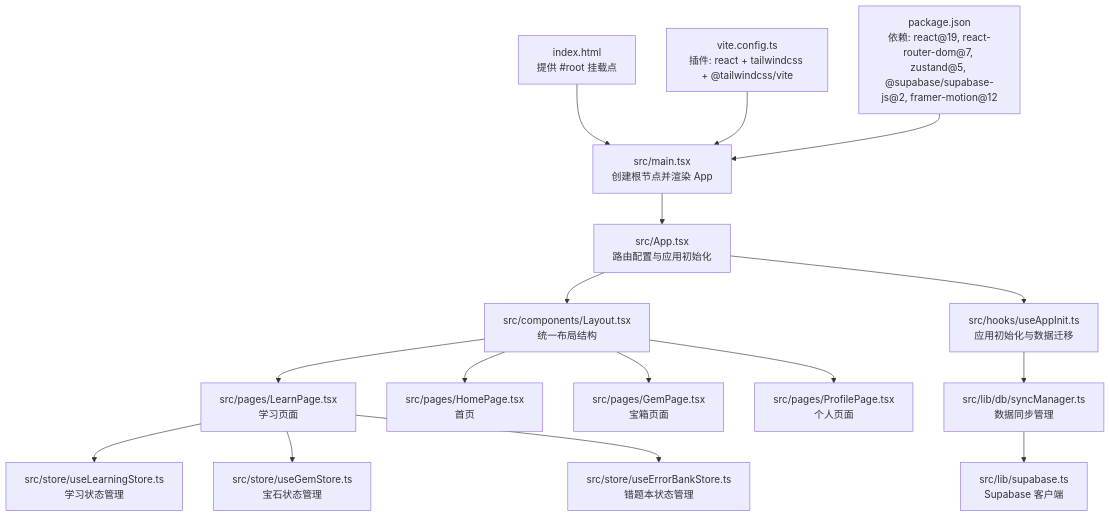
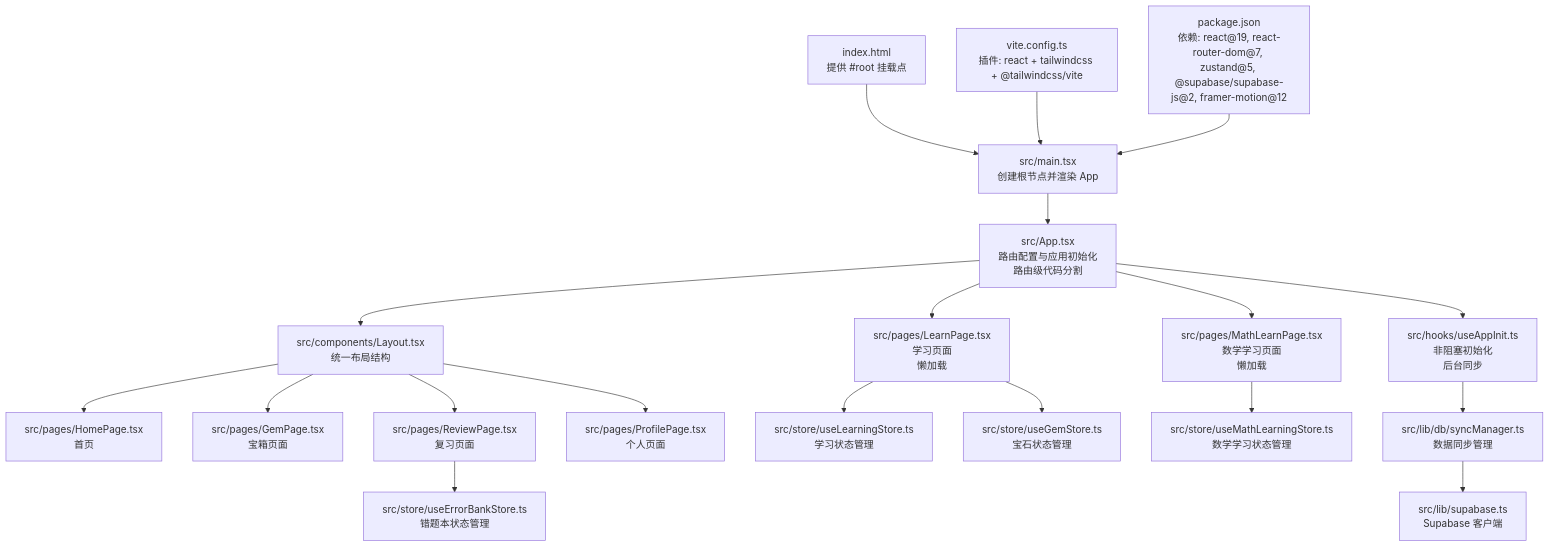
The first of 6 diagrams in .qoder/repowiki/zh/content/核心架构/核心架构.md (wudeng2005/rainbow-learning), drawn with Mermaid before and after one commit. The commit also changed other lines of this file and 49 other files, not shown here.

````diff
--- a/.qoder/repowiki/zh/content/核心架构/核心架构.md
+++ b/.qoder/repowiki/zh/content/核心架构/核心架构.md
@@ -51,18 +62,21 @@
 ```mermaid
 graph TB
 A["index.html<br/>提供 #root 挂载点"] --> B["src/main.tsx<br/>创建根节点并渲染 App"]
-B --> C["src/App.tsx<br/>路由配置与应用初始化"]
+B --> C["src/App.tsx<br/>路由配置与应用初始化<br/>路由级代码分割"]
 C --> D["src/components/Layout.tsx<br/>统一布局结构"]
-D --> E["src/pages/LearnPage.tsx<br/>学习页面"]
-D --> F["src/pages/HomePage.tsx<br/>首页"]
-D --> G["src/pages/GemPage.tsx<br/>宝箱页面"]
+D --> E["src/pages/HomePage.tsx<br/>首页"]
+D --> F["src/pages/GemPage.tsx<br/>宝箱页面"]
+D --> G["src/pages/ReviewPage.tsx<br/>复习页面"]
 D --> H["src/pages/ProfilePage.tsx<br/>个人页面"]
-C --> I["src/hooks/useAppInit.ts<br/>应用初始化与数据迁移"]
-I --> J["src/lib/db/syncManager.ts<br/>数据同步管理"]
-J --> K["src/lib/supabase.ts<br/>Supabase 客户端"]
-E --> L["src/store/useLearningStore.ts<br/>学习状态管理"]
-E --> M["src/store/useGemStore.ts<br/>宝石状态管理"]
-E --> N["src/store/useErrorBankStore.ts<br/>错题本状态管理"]
-O["vite.config.ts<br/>插件: react + tailwindcss + @tailwindcss/vite"] --> B
-P["package.json<br/>依赖: react@19, react-router-dom@7, zustand@5, @supabase/supabase-js@2, framer-motion@12"] --> B
+C --> I["src/pages/LearnPage.tsx<br/>学习页面<br/>懒加载"]
+C --> J["src/pages/MathLearnPage.tsx<br/>数学学习页面<br/>懒加载"]
+C --> K["src/hooks/useAppInit.ts<br/>非阻塞初始化<br/>后台同步"]
+K --> L["src/lib/db/syncManager.ts<br/>数据同步管理"]
+L --> M["src/lib/supabase.ts<br/>Supabase 客户端"]
+I --> N["src/store/useLearningStore.ts<br/>学习状态管理"]
+J --> O["src/store/useMathLearningStore.ts<br/>数学学习状态管理"]
+I --> P["src/store/useGemStore.ts<br/>宝石状态管理"]
+G --> Q["src/store/useErrorBankStore.ts<br/>错题本状态管理"]
+R["vite.config.ts<br/>插件: react + tailwindcss + @tailwindcss/vite"] --> B
+S["package.json<br/>依赖: react@19, react-router-dom@7, zustand@5, @supabase/supabase-js@2, framer-motion@12"] --> B
 ```
````
